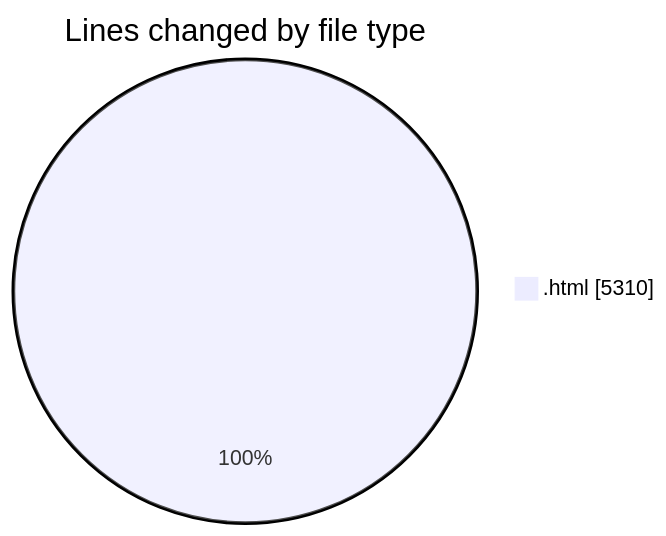
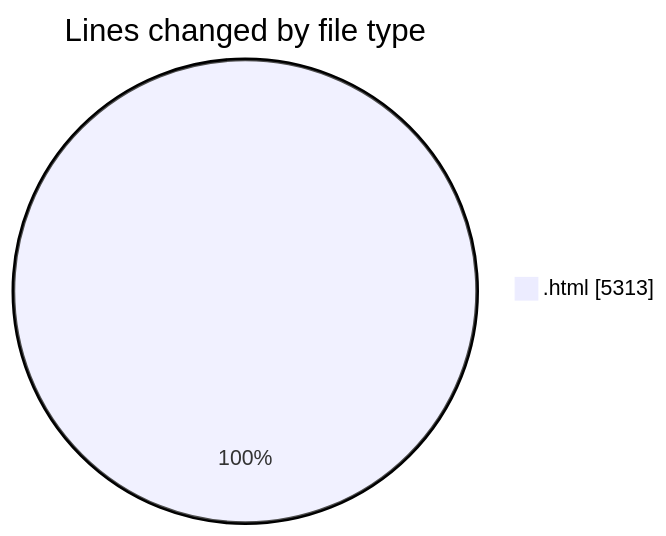
One commit to nxtqubesakshisongat/code-tracking changed the first of 2 diagrams in 2025-08-10/nxtqube_webapp/README.md. Above: the diagram before and after it, drawn with Mermaid. The commit also changed other lines of this file and 1 other file, not shown here.

````diff
--- a/2025-08-10/nxtqube_webapp/README.md
+++ b/2025-08-10/nxtqube_webapp/README.md
@@ -22,5 +22,5 @@
 ```mermaid
 pie showData
 title Lines changed by file type
-".html" : 5310
+".html" : 5313
 ```
````
